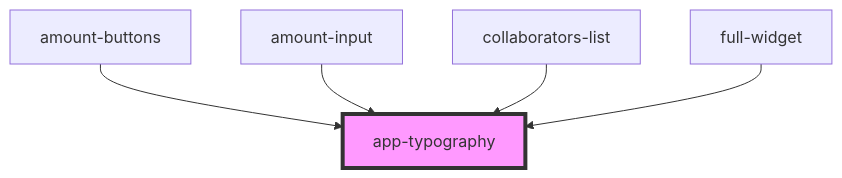
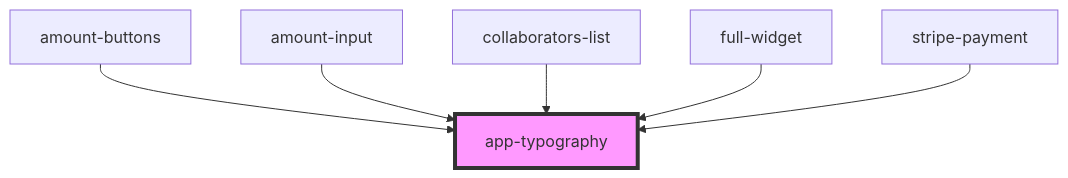
One commit to echrysikou/dojoWidget changed the diagram in src/components/app-typography/readme.md. Above: the diagram before and after it, drawn with Mermaid. The commit also changed other lines of this file and 150 other files, not shown here.

````diff
--- a/src/components/app-typography/readme.md
+++ b/src/components/app-typography/readme.md
@@ -27,8 +28,9 @@
 ```mermaid
 graph TD;
   amount-buttons --> app-typography
   amount-input --> app-typography
   collaborators-list --> app-typography
   full-widget --> app-typography
+  stripe-payment --> app-typography
   style app-typography fill:#f9f,stroke:#333,stroke-width:4px
 ```
````
